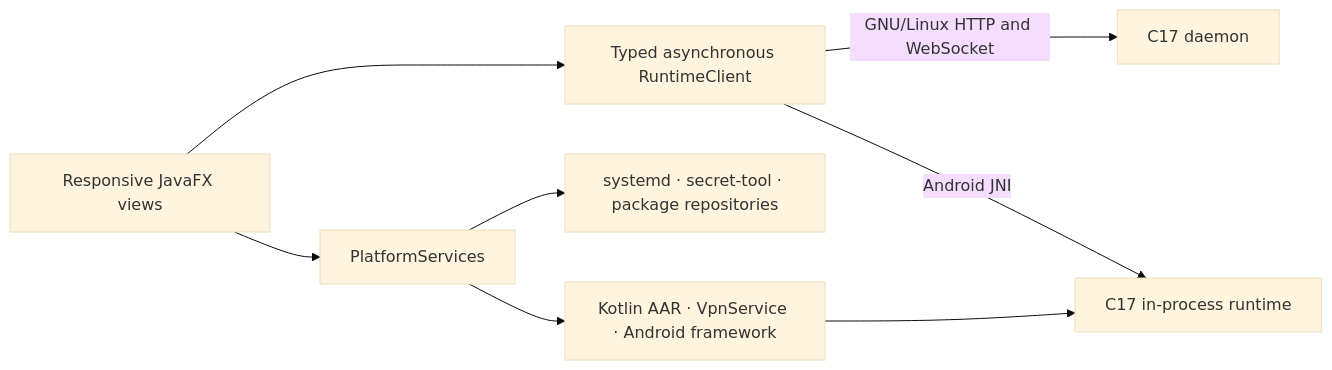
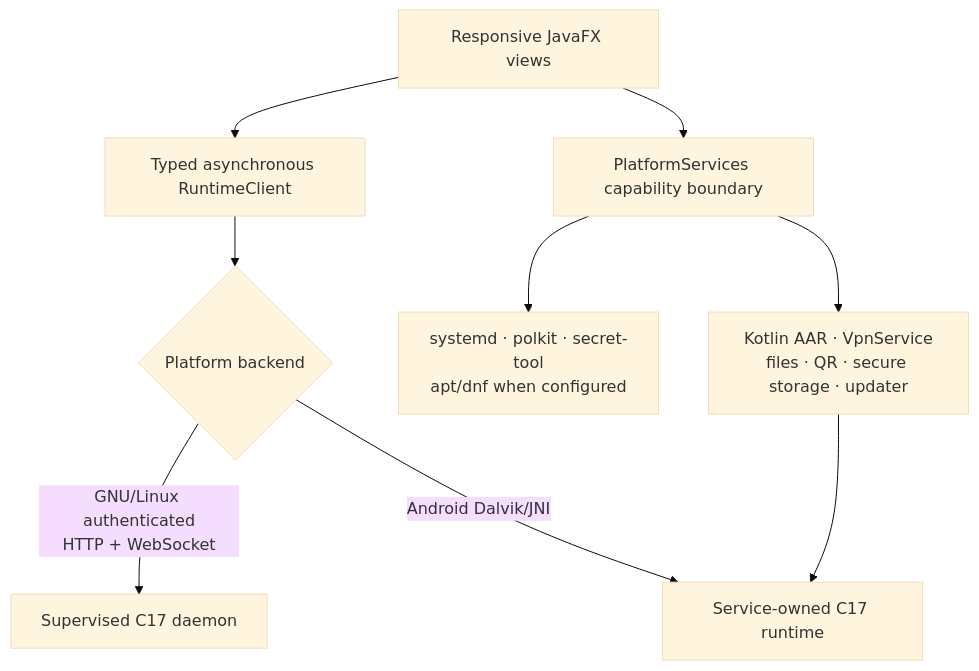
One commit to JohnThre/clambhook changed the diagram in ui/javafx/README.md. Above: the diagram before and after it, drawn with Mermaid (base theme). The commit also changed other lines of this file and 28 other files, not shown here.

Commit message:
Refresh documentation and diagrams

````diff
--- a/ui/javafx/README.md
+++ b/ui/javafx/README.md
@@ -12,10 +12,11 @@
 ```mermaid
-flowchart LR
+flowchart TB
     views["Responsive JavaFX views"] --> client["Typed asynchronous RuntimeClient"]
-    views --> services["PlatformServices"]
-    client -->|"GNU/Linux HTTP and WebSocket"| daemon["C17 daemon"]
-    client -->|"Android JNI"| runtime["C17 in-process runtime"]
-    services --> linux["systemd · secret-tool · package repositories"]
-    services --> android["Kotlin AAR · VpnService · Android framework"]
+    views --> services["PlatformServices capability boundary"]
+    client --> backend{"Platform backend"}
+    backend -->|"GNU/Linux authenticated<br/>HTTP + WebSocket"| daemon["Supervised C17 daemon"]
+    backend -->|"Android Dalvik/JNI"| runtime["Service-owned C17 runtime"]
+    services --> linux["systemd · polkit · secret-tool<br/>apt/dnf when configured"]
+    services --> android["Kotlin AAR · VpnService<br/>files · QR · secure storage · updater"]
     android --> runtime
 ```
````
